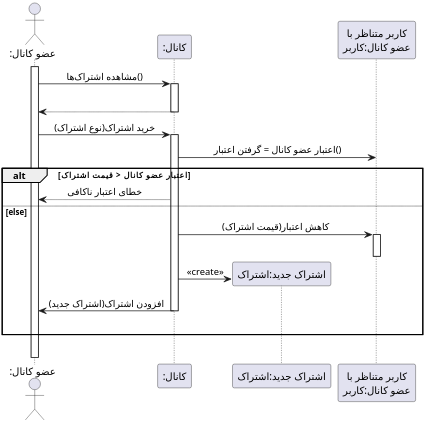
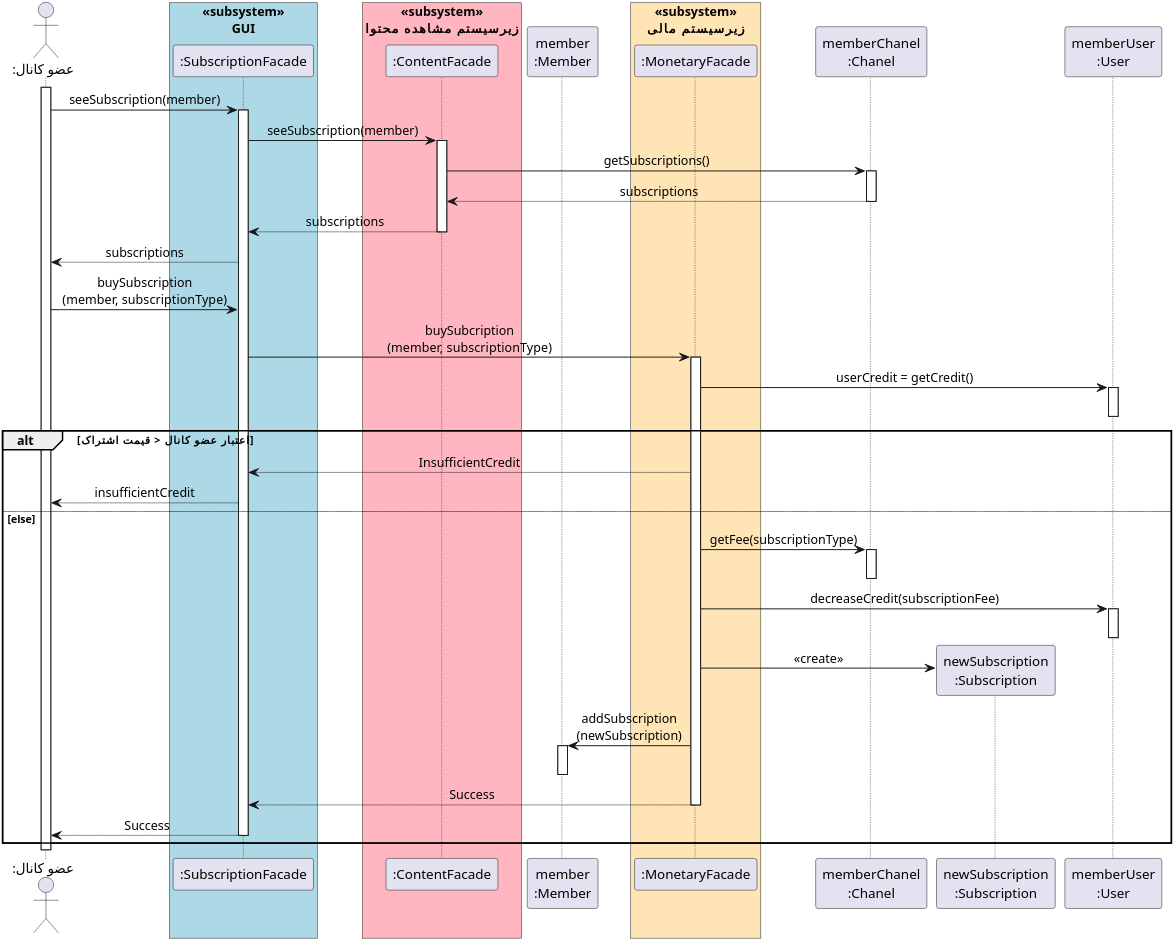
Before and after one commit to soleyman79/Qasedak: the diagram in Diagrams/Design Sequence/BuySubscription.puml, drawn with PlantUML.

Commit message:
Add buy subscription

```diff
--- a/Diagrams/Design Sequence/BuySubscription.puml
+++ b/Diagrams/Design Sequence/BuySubscription.puml
@@ -1,38 +1,68 @@
 @startuml buy_subscription
 
 
-scale 3
+scale 4
 skinparam DefaultFontName Vazir
 skinparam DefaultTextAlignment center
 
 
 actor ":عضو کانال" as member
-participant ":کانال" as chanel
-participant "اشتراک جدید:اشتراک" as subscription
-participant "کاربر متناظر با\nعضو کانال:کاربر" as user
+box "«subsystem»\nGUI" #LightBlue
+participant ":SubscriptionFacade" as ui
+end box
+box "«subsystem»\nزیرسیستم مشاهده محتوا" #LightPink
+participant ":ContentFacade" as contentFacade
+end box
+participant "member\n:Member" as memberObj
+box "«subsystem»\nزیرسیستم مالی" #Moccasin
+participant ":MonetaryFacade" as monetary
+end box
+participant "memberChanel\n:Chanel" as chanel
+participant "newSubscription\n:Subscription" as subscription
+participant "memberUser\n:User" as user
 
 
 activate member
-member -> chanel : مشاهده اشتراک‌ها()
+member -> ui: seeSubscription(member)
+activate ui
+ui -> contentFacade: seeSubscription(member)
+activate contentFacade
+contentFacade -> chanel: getSubscriptions()
 activate chanel
-|||
-chanel --> member
+chanel --> contentFacade: subscriptions
 deactivate chanel
-member -> chanel : خرید اشتراک(نوع اشتراک)
-activate chanel
-chanel -> user : اعتبار عضو کانال = گرفتن اعتبار()
+contentFacade --> ui: subscriptions
+deactivate contentFacade
+ui --> member: subscriptions
+
+member -> ui: buySubscription\n(member, subscriptionType)
+ui -> monetary: buySubcription\n(member, subscriptionType)
+activate monetary
+monetary -> user: userCredit = getCredit()
+activate user
+deactivate user
+
 alt اعتبار عضو کانال < قیمت اشتراک
-    chanel --> member : خطای اعتبار ناکافی
+    monetary --> ui: InsufficientCredit
+    ui --> member: insufficientCredit
 else else
-    chanel -> user : کاهش اعتبار(قیمت اشتراک)
+    monetary -> chanel: getFee(subscriptionType)
+    activate chanel
+    deactivate chanel
+    monetary -> user: decreaseCredit(subscriptionFee)
     activate user
     deactivate user
-    chanel -> subscription ** : «create»
-    chanel -> member : افزودن اشتراک(اشتراک جدید)
-    deactivate chanel
-    |||
+    monetary -> subscription **: «create»
+    monetary -> memberObj: addSubscription\n(newSubscription)
+    activate memberObj
+    deactivate memberObj
+    monetary --> ui: Success
+    deactivate monetary
+    ui --> member: Success
+    deactivate ui
 end
-|||
+
 deactivate member
 
+
 @enduml
```
